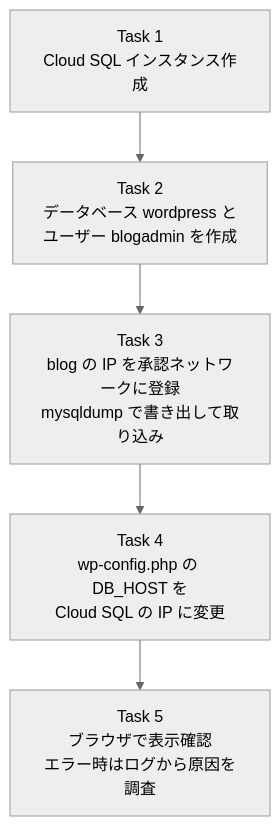
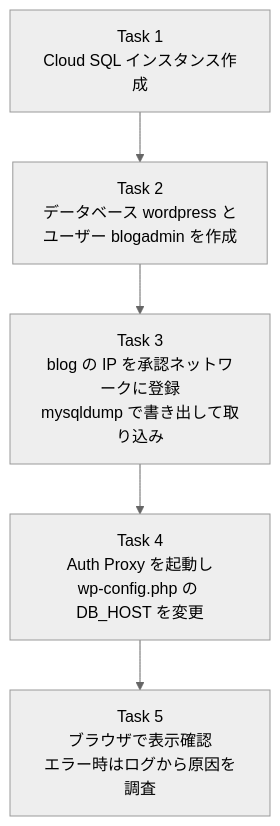
The third of 10 diagrams in Gcp-cloudsql-wordpress-migration-guide.md (myoshi2891/Cloud-Infrastructure-and-Network-Studies), drawn with Mermaid (neutral theme) before and after one commit. The commit also changed other lines of this file and 2 other files, not shown here.

Commit message:
docs(gcp): route wordpress through auth proxy and harden cleanup checks in apache and bastion guides

````diff
--- a/Gcp-cloudsql-wordpress-migration-guide.md
+++ b/Gcp-cloudsql-wordpress-migration-guide.md
@@ -68,7 +68,7 @@
 ```mermaid
 flowchart TD
     A["Task 1<br/>Cloud SQL インスタンス作成"] --> B["Task 2<br/>データベース wordpress と<br/>ユーザー blogadmin を作成"]
     B --> C["Task 3<br/>blog の IP を承認ネットワークに登録<br/>mysqldump で書き出して取り込み"]
-    C --> D["Task 4<br/>wp-config.php の DB_HOST を<br/>Cloud SQL の IP に変更"]
+    C --> D["Task 4<br/>Auth Proxy を起動し<br/>wp-config.php の DB_HOST を変更"]
     D --> E["Task 5<br/>ブラウザで表示確認<br/>エラー時はログから原因を調査"]
 ```
````
